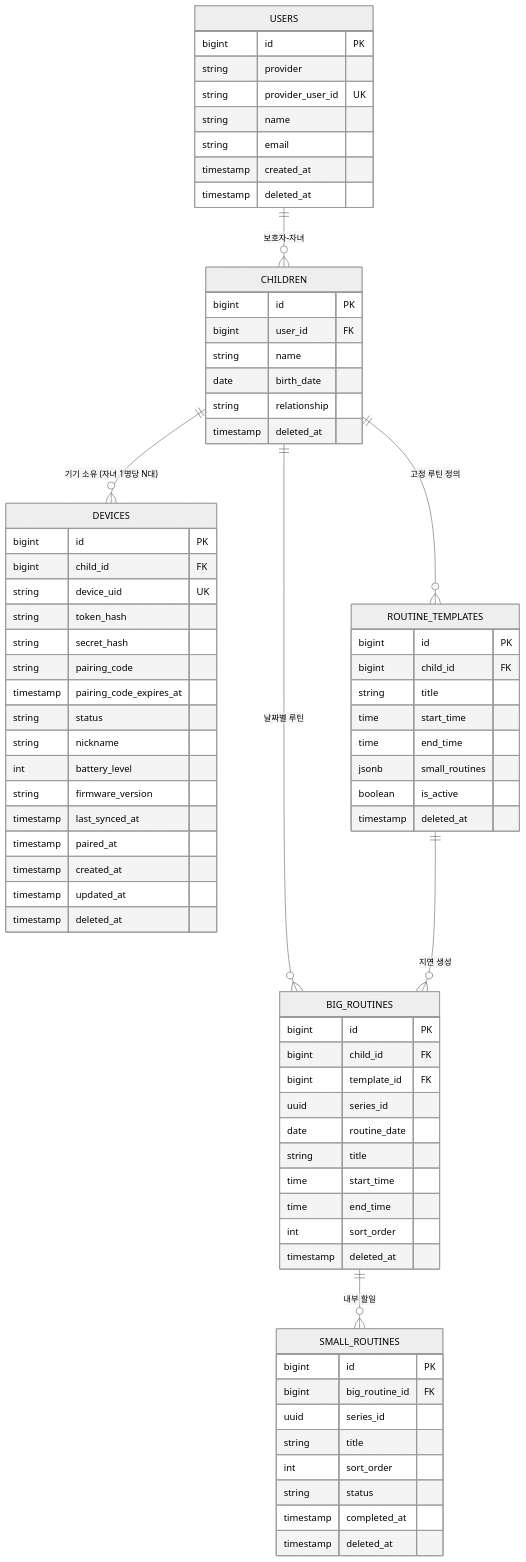
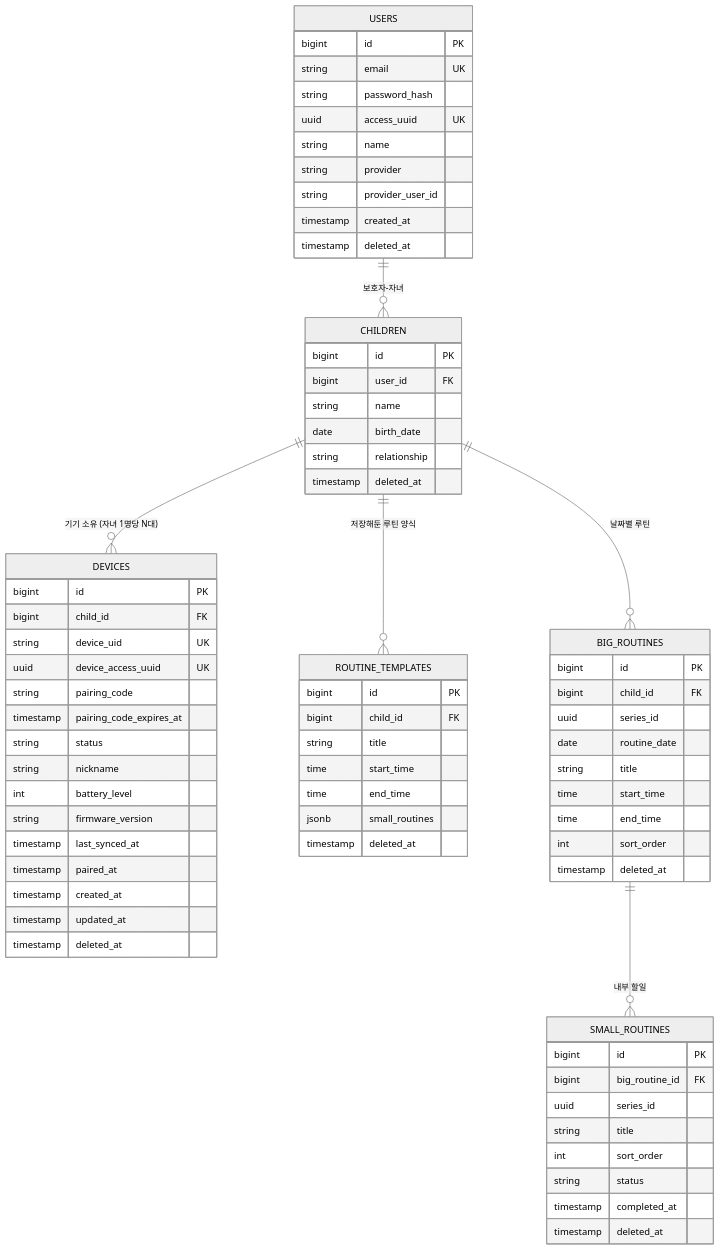
One commit to najunho04/2026-khu-artistic-software changed the first of 2 diagrams in docs/ERD.md. Above: the diagram before and after it, drawn with Mermaid (neutral theme). The commit also changed other lines of this file and 22 other files, not shown here.

````diff
--- a/docs/ERD.md
+++ b/docs/ERD.md
@@ -23,76 +24,74 @@
 ```mermaid
 erDiagram
   USERS ||--o{ CHILDREN : "보호자-자녀"
   CHILDREN ||--o{ DEVICES : "기기 소유 (자녀 1명당 N대)"
-  CHILDREN ||--o{ ROUTINE_TEMPLATES : "고정 루틴 정의"
+  CHILDREN ||--o{ ROUTINE_TEMPLATES : "저장해둔 루틴 양식"
   CHILDREN ||--o{ BIG_ROUTINES : "날짜별 루틴"
-  ROUTINE_TEMPLATES ||--o{ BIG_ROUTINES : "지연 생성"
   BIG_ROUTINES ||--o{ SMALL_ROUTINES : "내부 할일"
   USERS {
     bigint id PK
+    string email UK
+    string password_hash
+    uuid access_uuid UK
+    string name
     string provider
-    string provider_user_id UK
-    string name
-    string email
+    string provider_user_id
     timestamp created_at
     timestamp deleted_at
   }
   CHILDREN {
     bigint id PK
     bigint user_id FK
     string name
     date birth_date
     string relationship
     timestamp deleted_at
   }
   DEVICES {
     bigint id PK
     bigint child_id FK
     string device_uid UK
-    string token_hash
-    string secret_hash
+    uuid device_access_uuid UK
     string pairing_code
     timestamp pairing_code_expires_at
     string status
     string nickname
     int battery_level
     string firmware_version
     timestamp last_synced_at
     timestamp paired_at
     timestamp created_at
     timestamp updated_at
     timestamp deleted_at
   }
   ROUTINE_TEMPLATES {
     bigint id PK
     bigint child_id FK
     string title
     time start_time
     time end_time
     jsonb small_routines
-    boolean is_active
     timestamp deleted_at
   }
   BIG_ROUTINES {
     bigint id PK
     bigint child_id FK
-    bigint template_id FK
     uuid series_id
     date routine_date
     string title
     time start_time
     time end_time
     int sort_order
     timestamp deleted_at
   }
   SMALL_ROUTINES {
     bigint id PK
     bigint big_routine_id FK
     uuid series_id
     string title
     int sort_order
     string status
     timestamp completed_at
     timestamp deleted_at
   }
 ```
````
